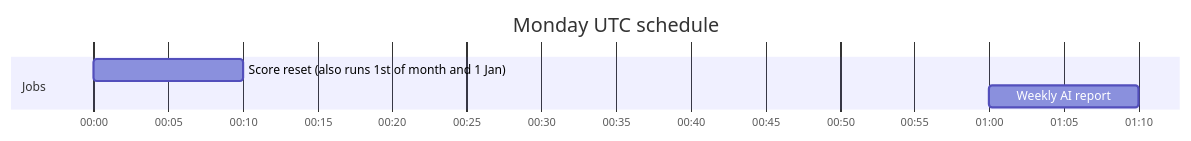
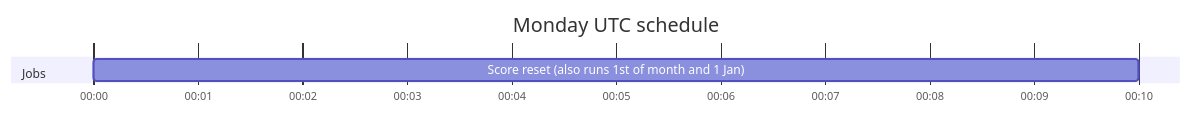
The third of 7 diagrams in ARCHITECTURE.md (TomBenjaminMorris/listpal-backend), drawn with Mermaid before and after one commit. The commit also changed other lines of this file and 7 other files, not shown here.

````diff
--- a/ARCHITECTURE.md
+++ b/ARCHITECTURE.md
@@ -203,9 +190,8 @@
 ```mermaid
 gantt
     title Monday UTC schedule
     dateFormat HH:mm
     axisFormat %H:%M
     section Jobs
     Score reset (also runs 1st of month and 1 Jan) :00:00, 10m
-    Weekly AI report :01:00, 10m
 ```
````
